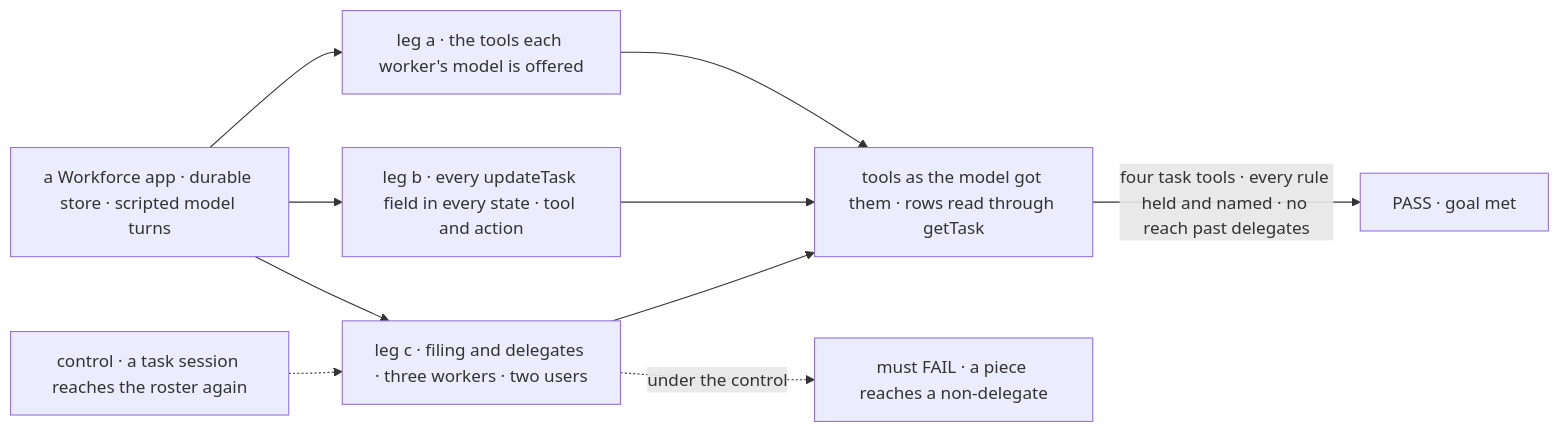
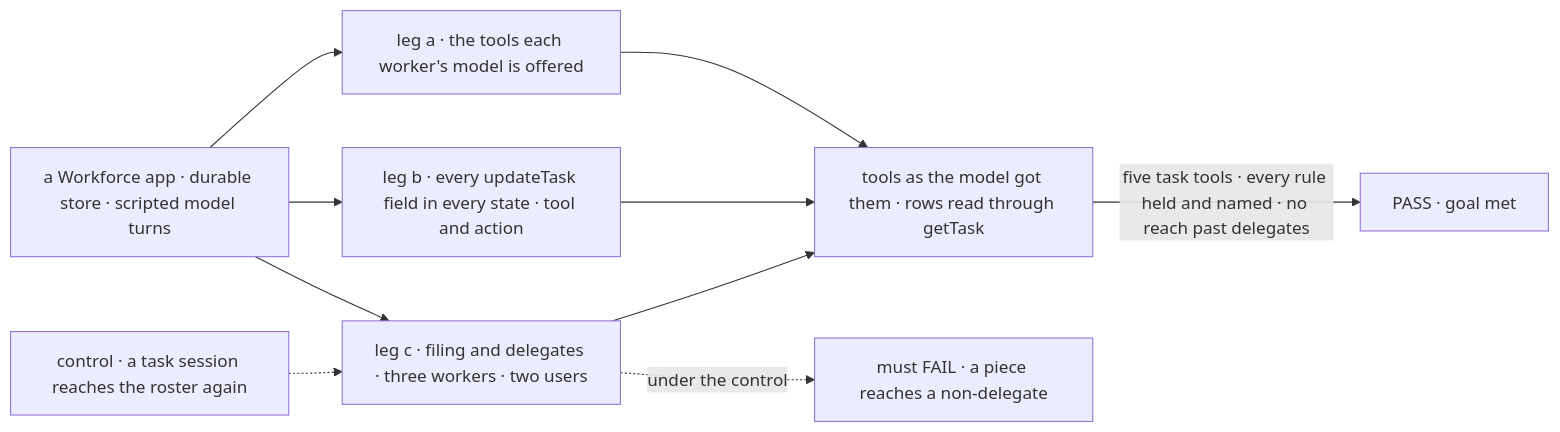
Before and after one commit to fixpoint-labs/flow-state-dev: the first of 2 diagrams in specs/issues/FIX-2081/SPEC.md, drawn with Mermaid. The commit also changed other lines of this file and 2 other files, not shown here.

First line of the commit message:
spec(FIX-2081): D3 is reportProgress({ statusNote?, output? }), not an updateTask row

````diff
--- a/specs/issues/FIX-2081/SPEC.md
+++ b/specs/issues/FIX-2081/SPEC.md
@@ -29,12 +29,12 @@
 ```mermaid
 flowchart LR
   A["a Workforce app · durable store · scripted model turns"] --> L1["leg a · the tools each worker's model is offered"]
   A --> L2["leg b · every updateTask field in every state · tool and action"]
   A --> L3["leg c · filing and delegates · three workers · two users"]
   L1 --> R["tools as the model got them · rows read through getTask"]
   L2 --> R
   L3 --> R
-  R -->|"four task tools · every rule held and named · no reach past delegates"| P["PASS · goal met"]
+  R -->|"five task tools · every rule held and named · no reach past delegates"| P["PASS · goal met"]
   C["control · a task session reaches the roster again"] -.-> L3
   L3 -.->|"under the control"| F["must FAIL · a piece reaches a non-delegate"]
 ```
````
